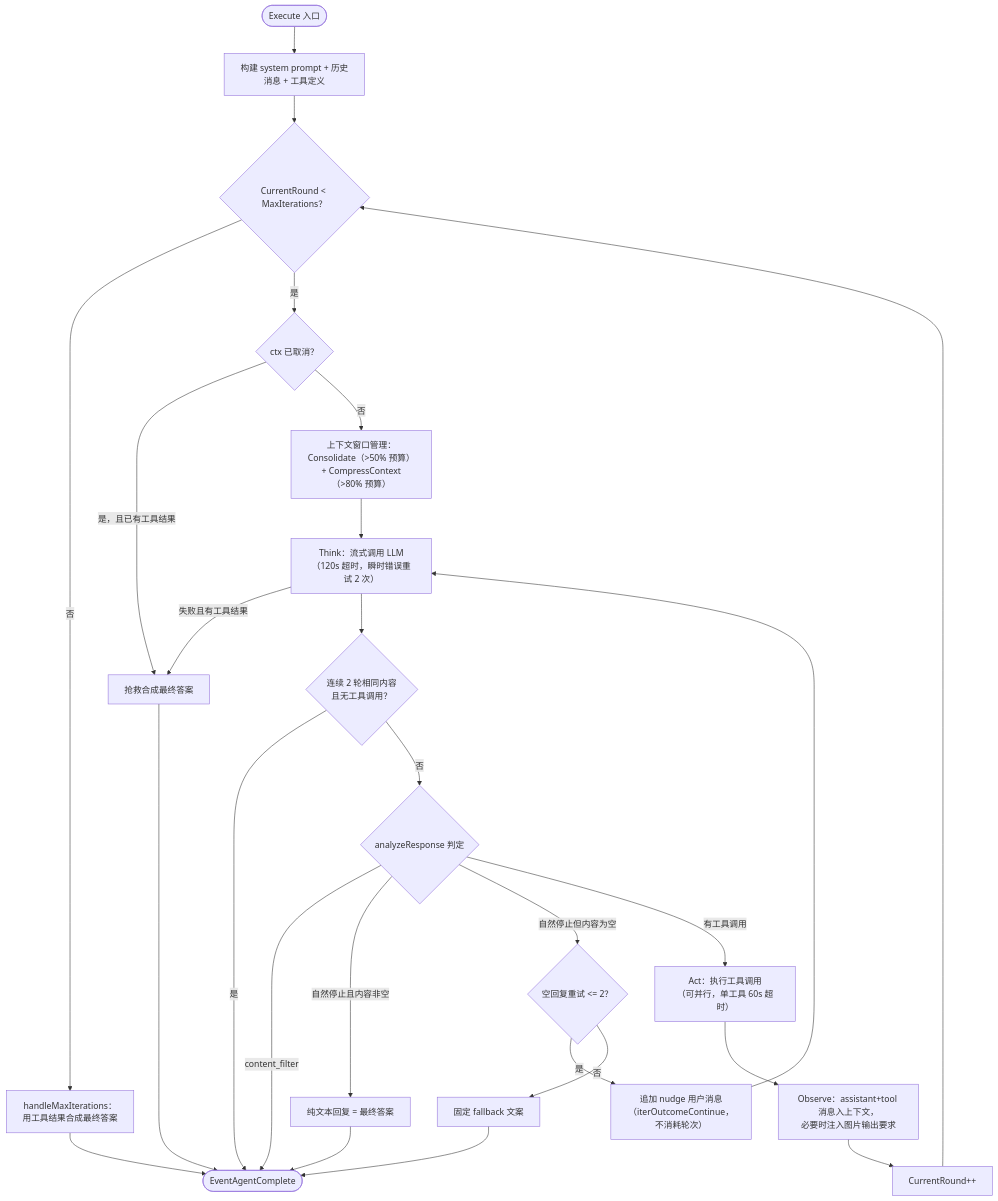
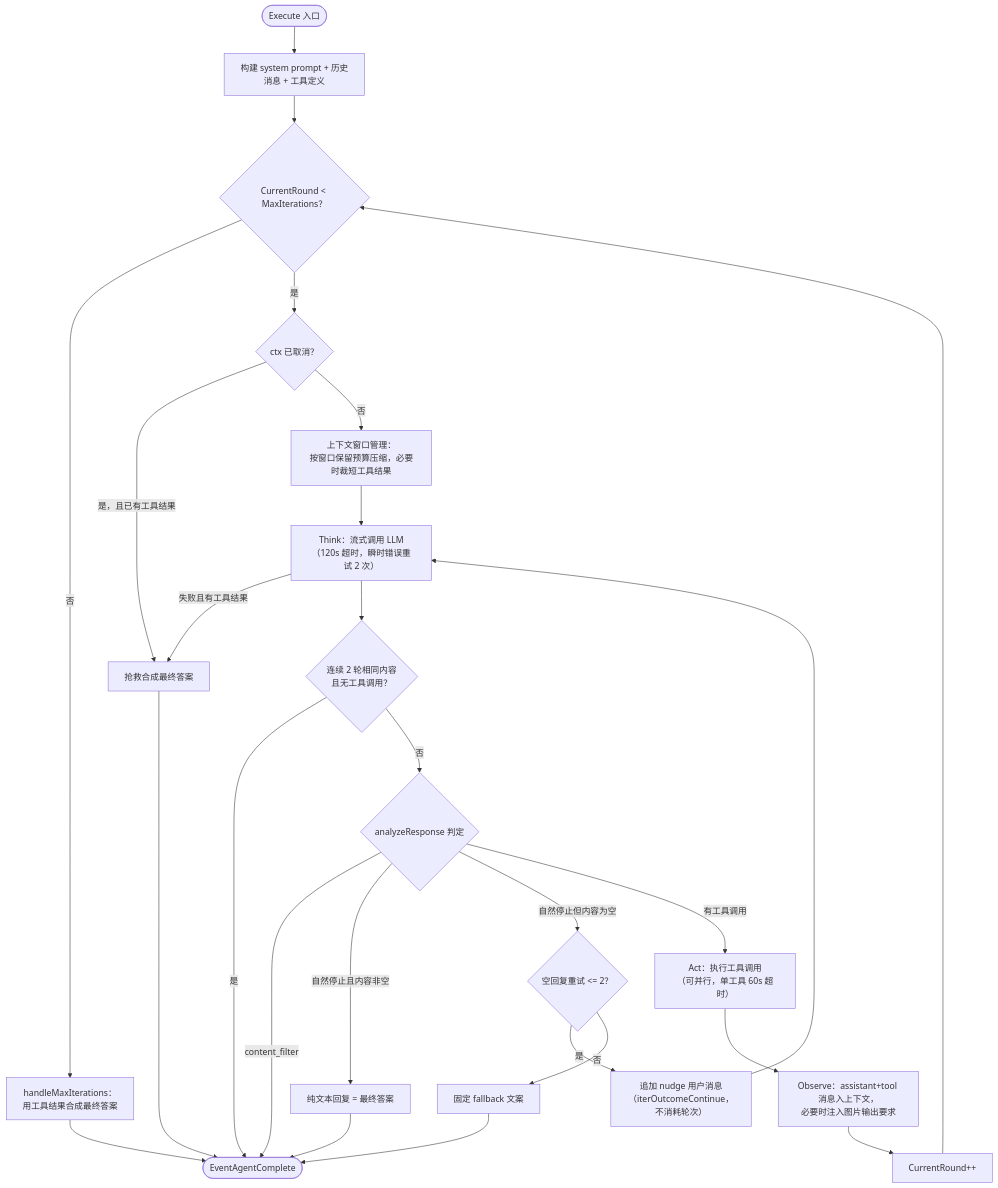
Before and after one commit to Tencent/WeKnora: the second of 3 diagrams in website-docs/03-features/07-agent.md, drawn with Mermaid. The commit also changed other lines of this file and 43 other files, not shown here.

````diff
--- a/website-docs/03-features/07-agent.md
+++ b/website-docs/03-features/07-agent.md
@@ -232,23 +232,23 @@
 ```mermaid
 flowchart TD
     START(["Execute 入口"]) --> INIT["构建 system prompt + 历史消息 + 工具定义"]
     INIT --> CHECK{"CurrentRound < MaxIterations？"}
     CHECK -- "否" --> MAXED["handleMaxIterations：<br/>用工具结果合成最终答案"]
     MAXED --> DONE(["EventAgentComplete"])
     CHECK -- "是" --> CANCEL{"ctx 已取消？"}
     CANCEL -- "是，且已有工具结果" --> SALVAGE["抢救合成最终答案"] --> DONE
-    CANCEL -- "否" --> CTXMGMT["上下文窗口管理：<br/>Consolidate（>50% 预算）+ CompressContext（>80% 预算）"]
+    CANCEL -- "否" --> CTXMGMT["上下文窗口管理：<br/>按窗口保留预算压缩，必要时裁短工具结果"]
     CTXMGMT --> THINK["Think：流式调用 LLM<br/>（120s 超时，瞬时错误重试 2 次）"]
     THINK -- "失败且有工具结果" --> SALVAGE
     THINK --> STUCK{"连续 2 轮相同内容<br/>且无工具调用？"}
     STUCK -- "是" --> DONE
     STUCK -- "否" --> ANALYZE{"analyzeResponse 判定"}
     ANALYZE -- "content_filter" --> DONE
     ANALYZE -- "自然停止且内容非空" --> FINAL["纯文本回复 = 最终答案"] --> DONE
     ANALYZE -- "自然停止但内容为空" --> EMPTY{"空回复重试 <= 2？"}
     EMPTY -- "是" --> NUDGE["追加 nudge 用户消息<br/>（iterOutcomeContinue，不消耗轮次）"] --> THINK
     EMPTY -- "否" --> FALLBACK["固定 fallback 文案"] --> DONE
     ANALYZE -- "有工具调用" --> ACT["Act：执行工具调用<br/>（可并行，单工具 60s 超时）"]
     ACT --> OBSERVE["Observe：assistant+tool 消息入上下文，<br/>必要时注入图片输出要求"]
     OBSERVE --> NEXT["CurrentRound++"] --> CHECK
 ```
````
